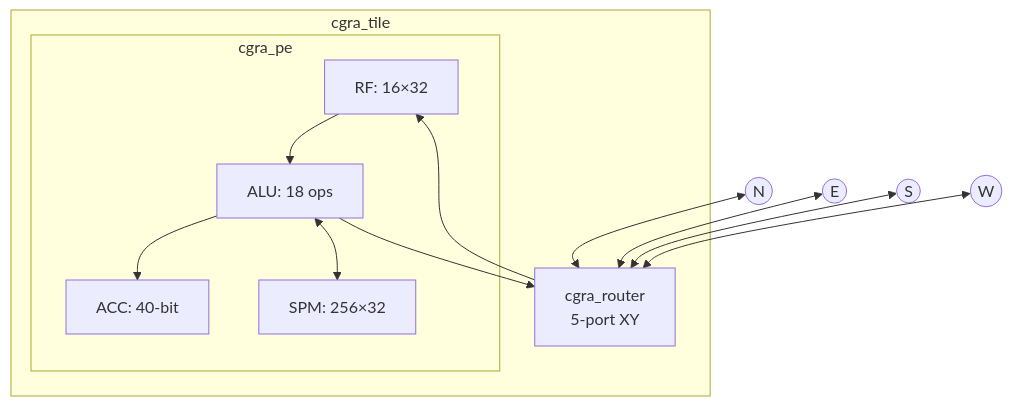
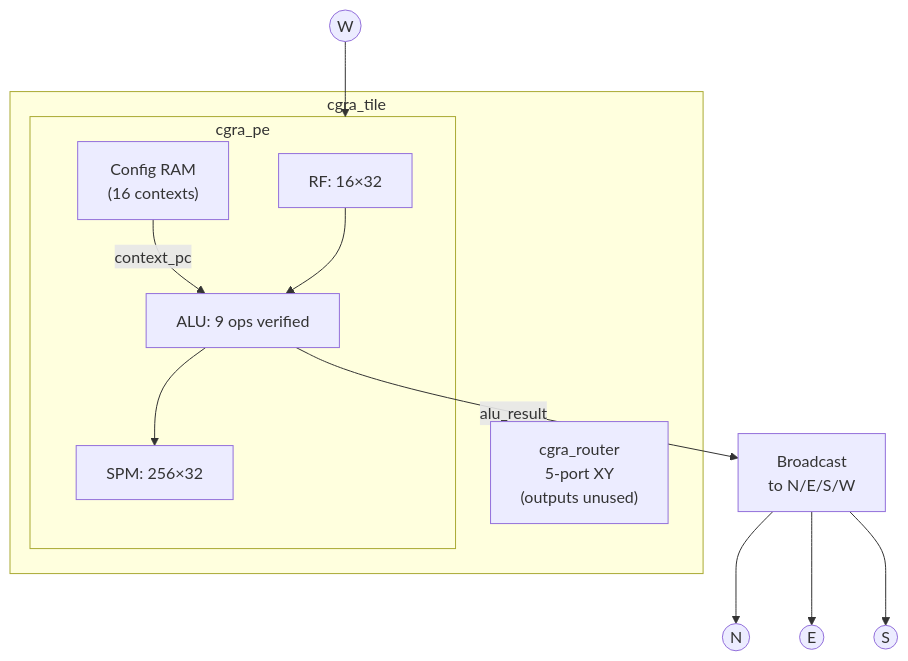
One commit to vinniny/CGRA_project changed the third of 3 diagrams in 02_test/cgra_block_diagram.md. Above: the diagram before and after it, drawn with Mermaid. The commit also changed other lines of this file and 10 other files, not shown here.

Commit message:
add more test suites, fixed some architecture bugs

````diff
--- a/02_test/cgra_block_diagram.md
+++ b/02_test/cgra_block_diagram.md
@@ -158,21 +174,24 @@
 ```mermaid
 flowchart TB
     subgraph TILE["cgra_tile"]
         subgraph PE["cgra_pe"]
             RF["RF: 16×32"]
-            ALU["ALU: 18 ops"]
-            ACC["ACC: 40-bit"]
+            ALU["ALU: 9 ops verified"]
             SPM["SPM: 256×32"]
+            CFG["Config RAM<br/>(16 contexts)"]
         end
-        ROUTER["cgra_router<br/>5-port XY"]
+        ROUTER["cgra_router<br/>5-port XY<br/>(outputs unused)"]
     end
     
-    RF --> ALU --> ACC
-    ALU <--> SPM
-    ALU --> ROUTER --> RF
+    CFG -->|"context_pc"| ALU
+    RF --> ALU
+    ALU --> SPM
+    ALU -->|"alu_result"| BROADCAST
     
-    N((N)) <--> ROUTER
-    E((E)) <--> ROUTER
-    S((S)) <--> ROUTER
-    W((W)) <--> ROUTER
+    BROADCAST["Broadcast<br/>to N/E/S/W"]
+    
+    W((W)) --> PE
+    BROADCAST --> N((N))
+    BROADCAST --> E((E))
+    BROADCAST --> S((S))
 ```
````
